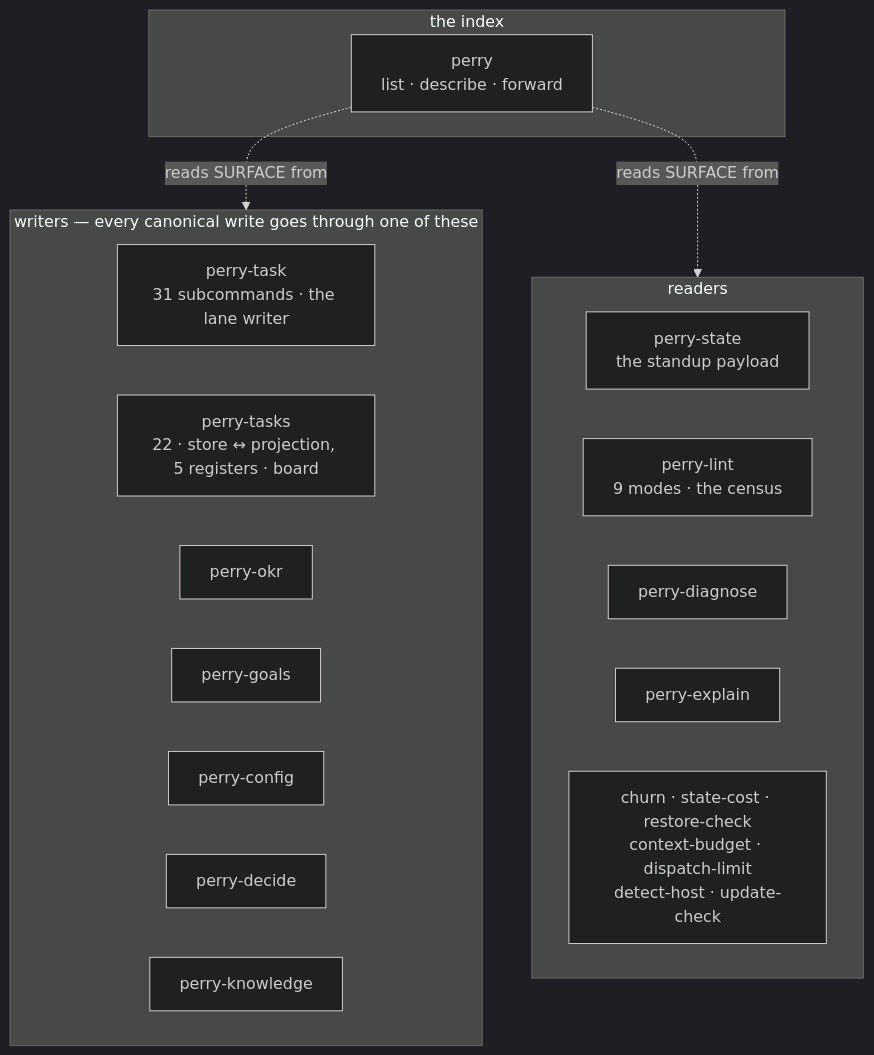
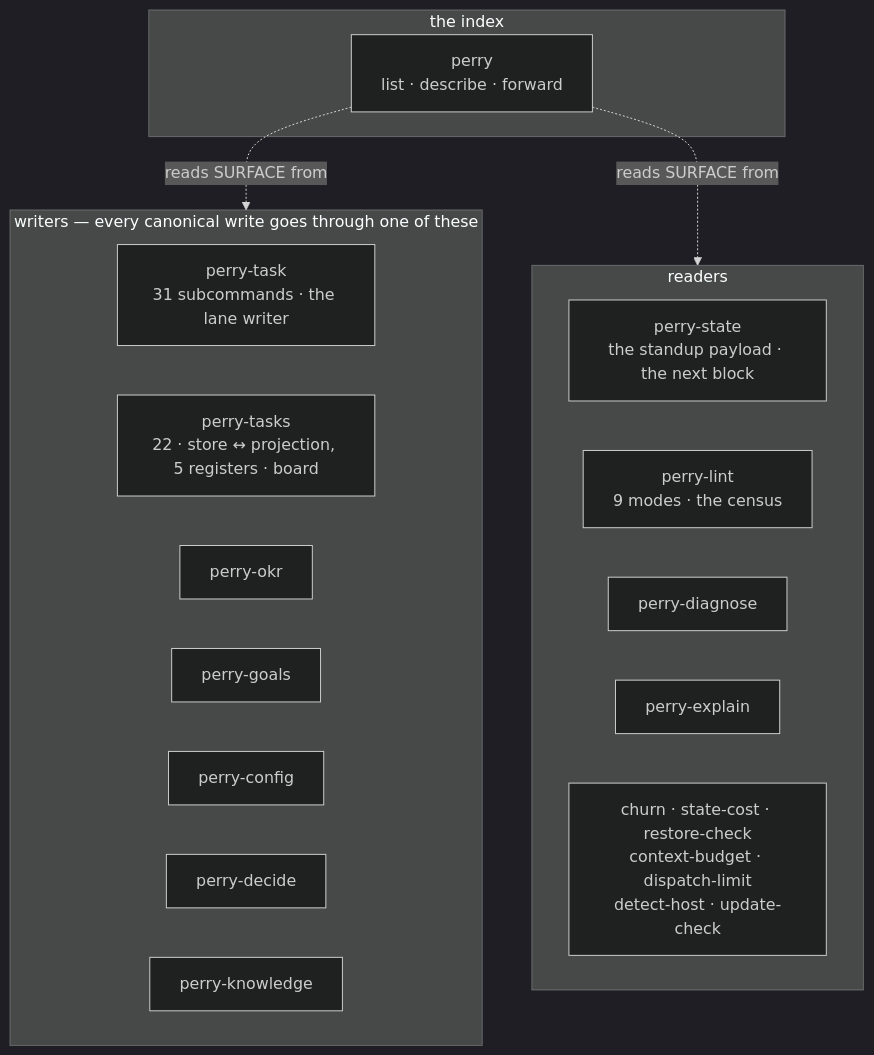
Before and after one commit to ranjiao/Perry: the first of 3 diagrams in bin/ARCHITECTURE.md, drawn with Mermaid (dark theme). The commit also changed other lines of this file and 1 other file, not shown here.

First line of the commit message:
TASK-442 round 2: the architecture documents record the next-step ownership move

````diff
--- a/bin/ARCHITECTURE.md
+++ b/bin/ARCHITECTURE.md
@@ -23,24 +29,24 @@
 ```mermaid
 flowchart TD
     subgraph write["writers — every canonical write goes through one of these"]
         Task["perry-task<br/>31 subcommands · the lane writer"]
         Tasks["perry-tasks<br/>22 · store ↔ projection, 5 registers · board"]
         Okr["perry-okr"]
         Goals["perry-goals"]
         Config["perry-config"]
         Decide["perry-decide"]
         Know["perry-knowledge"]
     end
     subgraph read["readers"]
-        State["perry-state<br/>the standup payload"]
+        State["perry-state<br/>the standup payload · the next block"]
         Lint["perry-lint<br/>9 modes · the census"]
         Diag["perry-diagnose"]
         Explain["perry-explain"]
         Others["churn · state-cost · restore-check<br/>context-budget · dispatch-limit<br/>detect-host · update-check"]
     end
     subgraph index["the index"]
         Perry["perry<br/>list · describe · forward"]
     end
     Perry -.reads SURFACE from.-> write
     Perry -.reads SURFACE from.-> read
 ```
````
